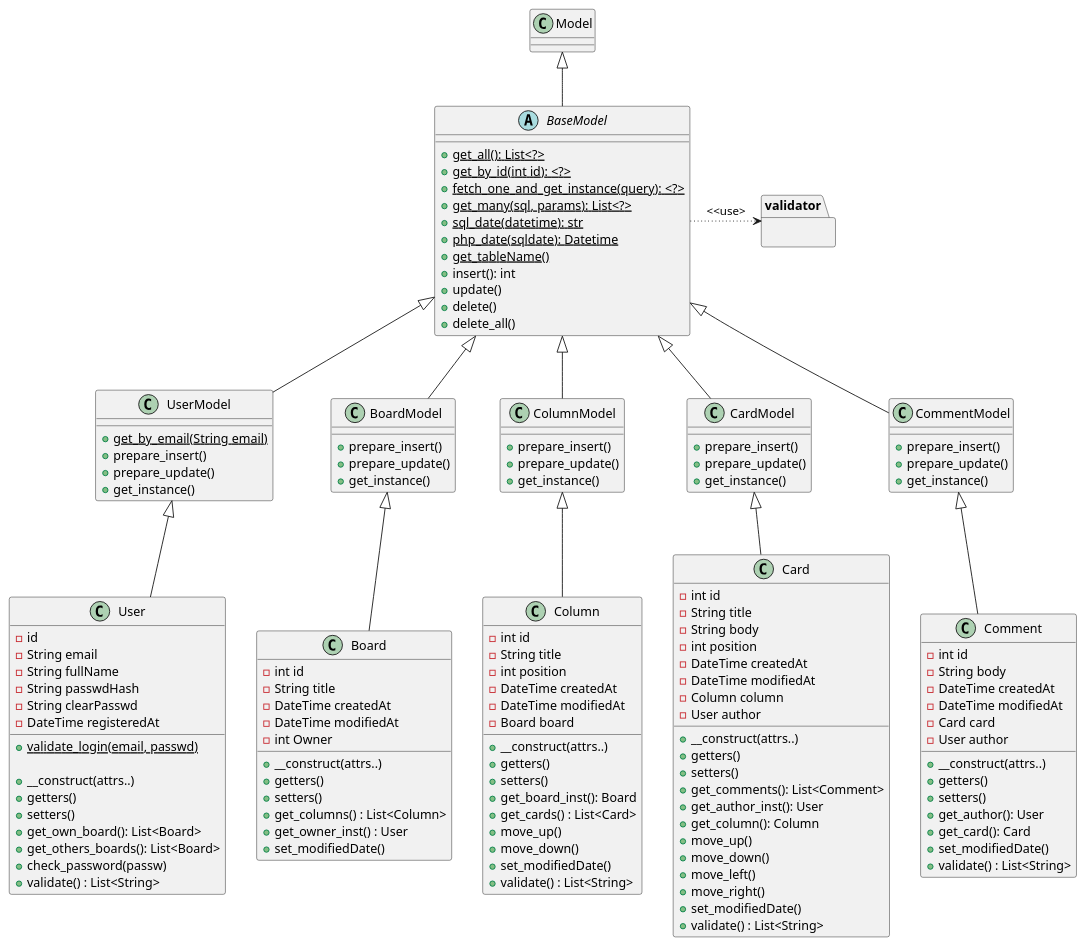
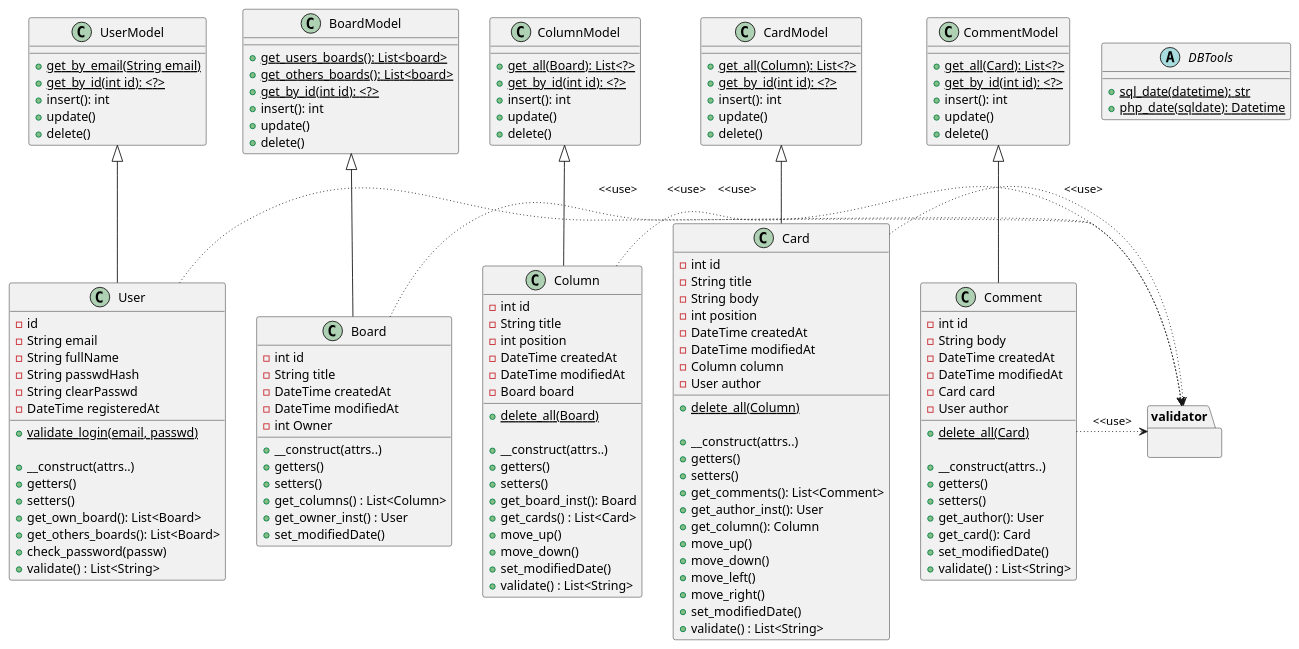
The first of 3 diagrams in analyse/Diagrammes-V1.md (etic4/mini-trello-php), drawn with PlantUML before and after one commit. The commit also changed 1 other file, not shown here.

Commit message:
MàJ analyse

```diff
--- a/analyse/Diagrammes-V1.md
+++ b/analyse/Diagrammes-V1.md
@@ -13,7 +13,6 @@
 Column -[hidden]r- Card
 Card -[hidden]r- Comment
 
-BaseModel -[dotted]r-> validator : <<use>
 
 User -u-|> UserModel
 Board -u-|> BoardModel
@@ -21,63 +20,63 @@
 Card -u-|> CardModel
 Comment -u-|> CommentModel
 
-UserModel -u-|> BaseModel
-BoardModel -u-|> BaseModel
-ColumnModel -u-|> BaseModel
-CardModel -u-|> BaseModel
-CommentModel -u-|> BaseModel
-
+User -[dotted]r-> validator : <<use>
+Board  -[dotted]r-> validator : <<use>
+Column -[dotted]r-> validator : <<use>
+Card -[dotted]r-> validator : <<use>
+Comment -[dotted]r-> validator : <<use>
 
 package validator {
 }
 
 'note top of User : "Il faut passer le password\nen clair à validate()"
 
-abstract class BaseModel extends Model {
-    + {static} get_all(): List<?>
-    + {static} get_by_id(int id): <?>
-    + {static} fetch_one_and_get_instance(query): <?>
-    + {static} get_many(sql, params): List<?>
+abstract class DBTools {
     + {static} sql_date(datetime): str
     + {static} php_date(sqldate): Datetime
-    + {static} get_tableName()
-    + insert(): int
-    + update()
-    + delete()
-    + delete_all()
+
 }
 
 class UserModel {
     + {static} get_by_email(String email)
-    + prepare_insert()
-    + prepare_update()
-    + get_instance()
+    + {static} get_by_id(int id): <?>
+    + insert(): int
+    + update()
+    + delete()
 }
 
 class BoardModel {
-    + prepare_insert()
-    + prepare_update()
-    + get_instance()
+    + {static} get_users_boards(): List<board>
+    + {static} get_others_boards(): List<board>
+    + {static} get_by_id(int id): <?>
+    + insert(): int
+    + update()
+    + delete()
 }
 
 class ColumnModel {
-    + prepare_insert()
-    + prepare_update()
-    + get_instance()
+    + {static} get_all(Board): List<?>
+    + {static} get_by_id(int id): <?>
+    + insert(): int
+    + update()
+    + delete()
 }
 
 class CardModel {
-    + prepare_insert()
-    + prepare_update()
-    + get_instance()
+    + {static} get_all(Column): List<?>
+    + {static} get_by_id(int id): <?>
+    + insert(): int
+    + update()
+    + delete()
 }
 
 class CommentModel {
-    + prepare_insert()
-    + prepare_update()
-    + get_instance()
+    + {static} get_all(Card): List<?>
+    + {static} get_by_id(int id): <?>
+    + insert(): int
+    + update()
+    + delete()
 }
-
 
 class User {
     - id
@@ -121,6 +120,8 @@
     - DateTime modifiedAt
     - Board board
 
+    + {static} delete_all(Board)
+
     + __construct(attrs..)
     + getters()
     + setters()
@@ -141,6 +142,8 @@
     - DateTime modifiedAt
     - Column column
     - User author
+
+    + {static} delete_all(Column)
     
     + __construct(attrs..)
     + getters()
@@ -164,6 +167,8 @@
     - Card card
     - User author
 
+    + {static} delete_all(Card)
+
     + __construct(attrs..)
     + getters()
     + setters()
```
